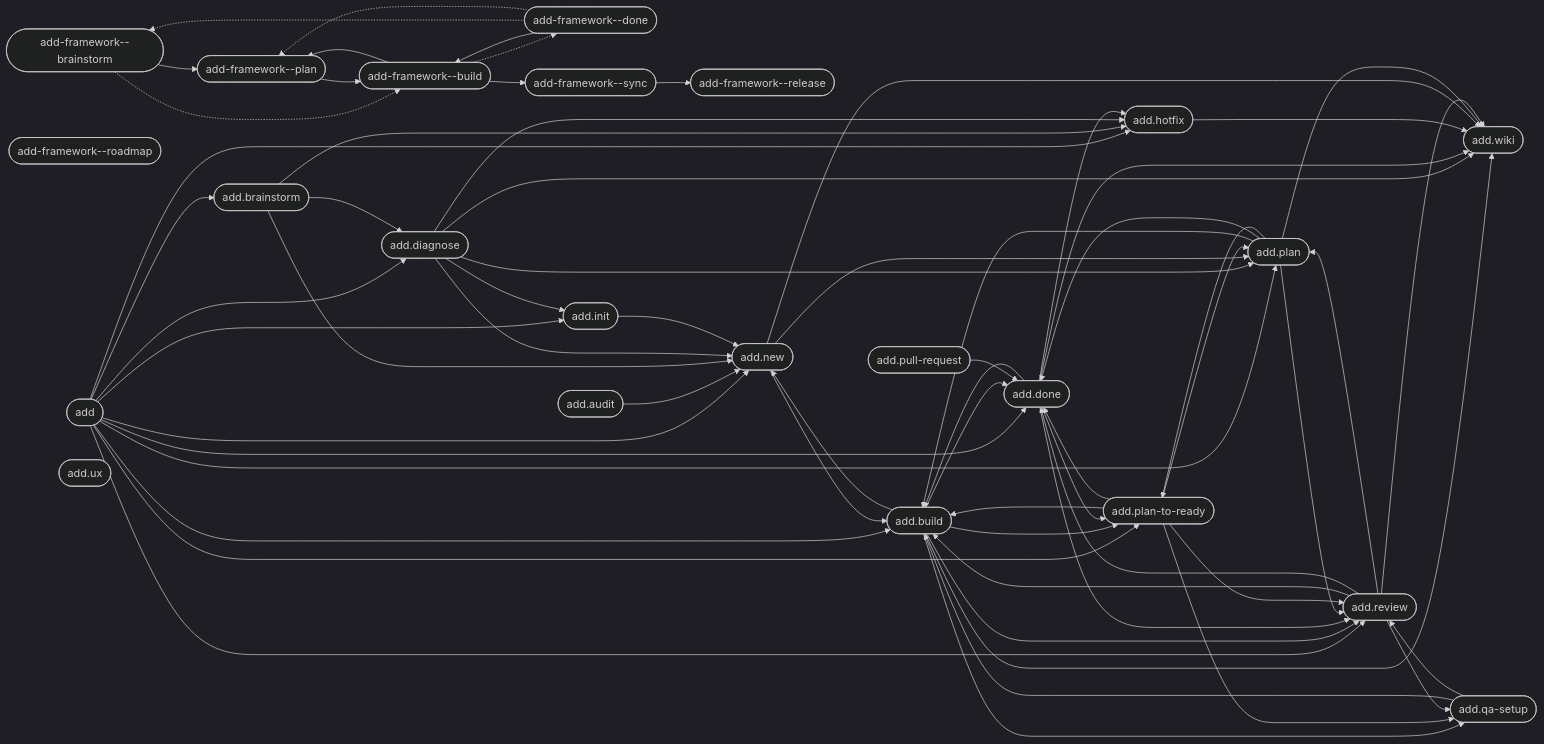
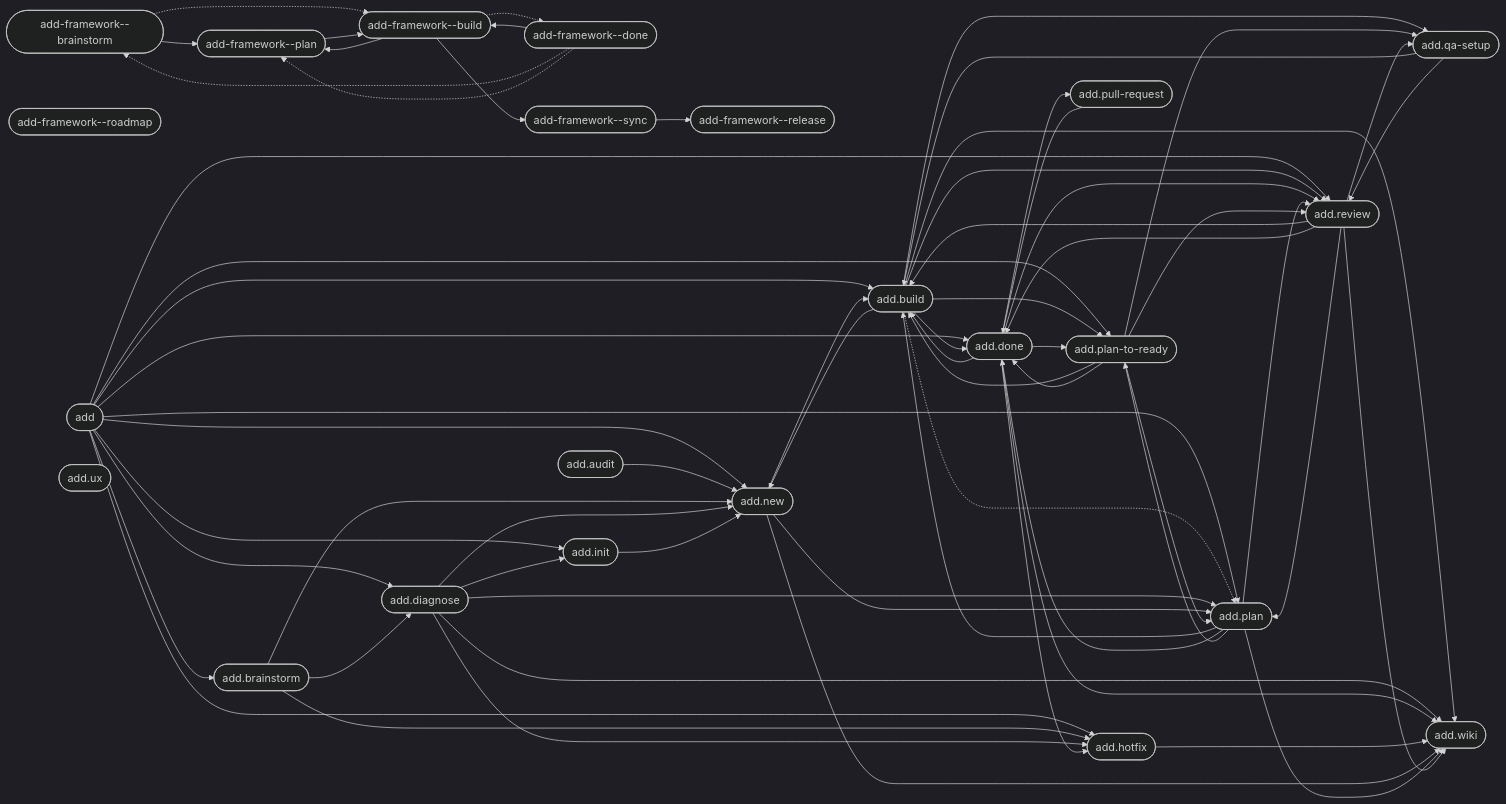
One commit to brabos-ai/code-addiction changed the diagram in web/public/artefact-graph.mmd. Above: the diagram before and after it, drawn with Mermaid (dark theme). The commit also changed 30 other files, not shown here.

```diff
--- a/web/public/artefact-graph.mmd
+++ b/web/public/artefact-graph.mmd
@@ -1,87 +1,89 @@
 flowchart LR
     n_internal_command_add_framework__brainstorm(["add-framework--brainstorm"])
     n_internal_command_add_framework__build(["add-framework--build"])
     n_internal_command_add_framework__done(["add-framework--done"])
     n_internal_command_add_framework__plan(["add-framework--plan"])
     n_internal_command_add_framework__release(["add-framework--release"])
     n_internal_command_add_framework__roadmap(["add-framework--roadmap"])
     n_internal_command_add_framework__sync(["add-framework--sync"])
     n_product_command_add(["add"])
     n_product_command_add_audit(["add.audit"])
     n_product_command_add_brainstorm(["add.brainstorm"])
     n_product_command_add_build(["add.build"])
     n_product_command_add_diagnose(["add.diagnose"])
     n_product_command_add_done(["add.done"])
     n_product_command_add_hotfix(["add.hotfix"])
     n_product_command_add_init(["add.init"])
     n_product_command_add_new(["add.new"])
     n_product_command_add_plan(["add.plan"])
     n_product_command_add_plan_to_ready(["add.plan-to-ready"])
     n_product_command_add_pull_request(["add.pull-request"])
     n_product_command_add_qa_setup(["add.qa-setup"])
     n_product_command_add_review(["add.review"])
     n_product_command_add_ux(["add.ux"])
     n_product_command_add_wiki(["add.wiki"])
     n_internal_command_add_framework__brainstorm --> n_internal_command_add_framework__plan
     n_internal_command_add_framework__brainstorm -.-> n_internal_command_add_framework__build
     n_internal_command_add_framework__build --> n_internal_command_add_framework__plan
     n_internal_command_add_framework__build --> n_internal_command_add_framework__sync
     n_internal_command_add_framework__build -.-> n_internal_command_add_framework__done
     n_internal_command_add_framework__done --> n_internal_command_add_framework__build
     n_internal_command_add_framework__done -.-> n_internal_command_add_framework__brainstorm
     n_internal_command_add_framework__done -.-> n_internal_command_add_framework__plan
     n_internal_command_add_framework__plan --> n_internal_command_add_framework__build
     n_internal_command_add_framework__sync --> n_internal_command_add_framework__release
     n_product_command_add --> n_product_command_add_brainstorm
     n_product_command_add --> n_product_command_add_build
     n_product_command_add --> n_product_command_add_diagnose
     n_product_command_add --> n_product_command_add_done
     n_product_command_add --> n_product_command_add_hotfix
     n_product_command_add --> n_product_command_add_init
     n_product_command_add --> n_product_command_add_new
     n_product_command_add --> n_product_command_add_plan
     n_product_command_add --> n_product_command_add_plan_to_ready
     n_product_command_add --> n_product_command_add_review
     n_product_command_add_audit --> n_product_command_add_new
     n_product_command_add_brainstorm --> n_product_command_add_diagnose
     n_product_command_add_brainstorm --> n_product_command_add_hotfix
     n_product_command_add_brainstorm --> n_product_command_add_new
     n_product_command_add_build --> n_product_command_add_done
     n_product_command_add_build --> n_product_command_add_new
     n_product_command_add_build --> n_product_command_add_plan_to_ready
     n_product_command_add_build --> n_product_command_add_qa_setup
     n_product_command_add_build --> n_product_command_add_review
     n_product_command_add_build --> n_product_command_add_wiki
+    n_product_command_add_build -.-> n_product_command_add_plan
     n_product_command_add_diagnose --> n_product_command_add_hotfix
     n_product_command_add_diagnose --> n_product_command_add_init
     n_product_command_add_diagnose --> n_product_command_add_new
     n_product_command_add_diagnose --> n_product_command_add_plan
     n_product_command_add_diagnose --> n_product_command_add_wiki
     n_product_command_add_done --> n_product_command_add_build
     n_product_command_add_done --> n_product_command_add_hotfix
     n_product_command_add_done --> n_product_command_add_plan_to_ready
+    n_product_command_add_done --> n_product_command_add_pull_request
     n_product_command_add_done --> n_product_command_add_review
     n_product_command_add_done --> n_product_command_add_wiki
     n_product_command_add_hotfix --> n_product_command_add_wiki
     n_product_command_add_init --> n_product_command_add_new
     n_product_command_add_new --> n_product_command_add_build
     n_product_command_add_new --> n_product_command_add_plan
     n_product_command_add_new --> n_product_command_add_wiki
     n_product_command_add_plan --> n_product_command_add_build
     n_product_command_add_plan --> n_product_command_add_done
     n_product_command_add_plan --> n_product_command_add_plan_to_ready
     n_product_command_add_plan --> n_product_command_add_review
     n_product_command_add_plan --> n_product_command_add_wiki
     n_product_command_add_plan_to_ready --> n_product_command_add_build
     n_product_command_add_plan_to_ready --> n_product_command_add_done
     n_product_command_add_plan_to_ready --> n_product_command_add_plan
     n_product_command_add_plan_to_ready --> n_product_command_add_qa_setup
     n_product_command_add_plan_to_ready --> n_product_command_add_review
     n_product_command_add_pull_request --> n_product_command_add_done
     n_product_command_add_qa_setup --> n_product_command_add_build
     n_product_command_add_qa_setup --> n_product_command_add_review
     n_product_command_add_review --> n_product_command_add_build
     n_product_command_add_review --> n_product_command_add_done
     n_product_command_add_review --> n_product_command_add_plan
     n_product_command_add_review --> n_product_command_add_qa_setup
     n_product_command_add_review --> n_product_command_add_wiki
```
